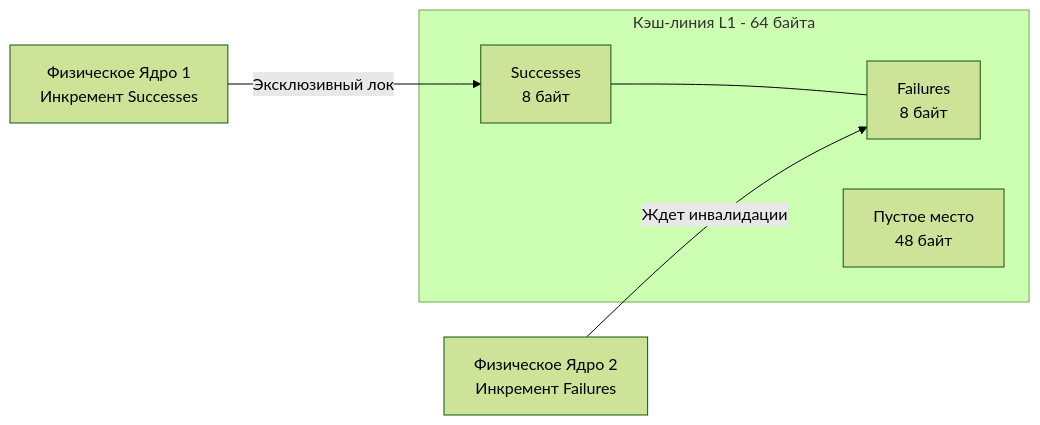
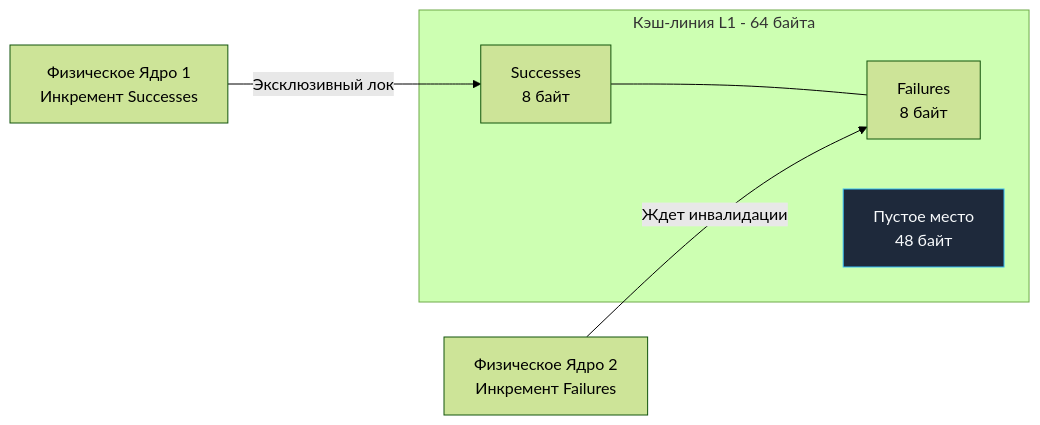
Before and after one commit to UnrealTemplier/go-textbook: the second of 2 diagrams in sources/7. Глубокий Go (Внутреннее устройство)/16. sync_atomic и атомарные операции в рантайме.md, drawn with Mermaid (forest theme). The commit also changed other lines of this file and 1666 other files, not shown here.

First line of the commit message:
feat(mermaid): add semantic color classDef to 1369 colorless flowchart/graph diagrams

````diff
--- a/sources/7. Глубокий Go (Внутреннее устройство)/16. sync_atomic и атомарные операции в рантайме.md
+++ b/sources/7. Глубокий Go (Внутреннее устройство)/16. sync_atomic и атомарные операции в рантайме.md
@@ -129,9 +139,19 @@
 ```mermaid
 flowchart LR
+    classDef process  fill:#1e293b,stroke:#38bdf8,stroke-width:1px,color:#f8fafc
+    classDef success  fill:#064e3b,stroke:#34d399,stroke-width:1px,color:#f8fafc
+    classDef error    fill:#7f1d1d,stroke:#f87171,stroke-width:1px,color:#f8fafc
+    classDef warning  fill:#78350f,stroke:#fbbf24,stroke-width:1px,color:#f8fafc
+    classDef entry    fill:#1e3a5f,stroke:#38bdf8,stroke-width:2px,color:#f8fafc
+    classDef aux      fill:#334155,stroke:#64748b,stroke-width:1px,color:#f8fafc
+    classDef system   fill:#312e81,stroke:#a78bfa,stroke-width:1px,color:#f8fafc
+    classDef data     fill:#132d29,stroke:#2dd4bf,stroke-width:1px,color:#f8fafc
+    classDef network  fill:#881337,stroke:#fb7185,stroke-width:1px,color:#f8fafc
+    classDef accent   fill:#1e1b4b,stroke:#818cf8,stroke-width:1px,color:#f8fafc
     subgraph CACHE_LINE ["Кэш-линия L1 - 64 байта"]
         VAR_S["Successes<br>8 байт"] --- VAR_F["Failures<br>8 байт"]
-        PADDING["Пустое место<br>48 байт"]
+        PADDING["Пустое место<br>48 байт"]:::process
     end
     CORE1["Физическое Ядро 1<br>Инкремент Successes"] -->|"Эксклюзивный лок"| VAR_S
     CORE2["Физическое Ядро 2<br>Инкремент Failures"] -->|"Ждет инвалидации"| VAR_F
 ```
````
